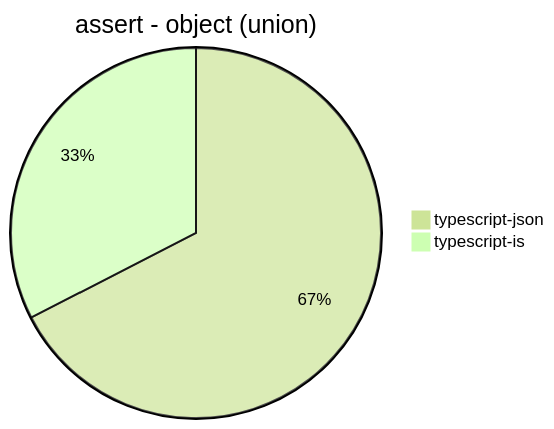
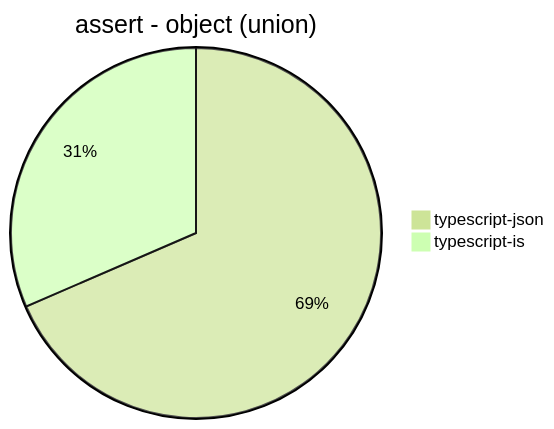
Before and after one commit to samchon/typia: the third of 30 diagrams in benchmark/results/Apple M1.md, drawn with Mermaid (forest theme). The commit also changed other lines of this file, not shown here.

````diff
--- a/benchmark/results/Apple M1.md
+++ b/benchmark/results/Apple M1.md
@@ -31,5 +32,5 @@
 ```mermaid
 pie title assert - object (union)
-  "typescript-json": 5790.7348242811495
-  "typescript-is": 2793.4861717612807
+  "typescript-json": 5842.633928571428
+  "typescript-is": 2686.708296164139
 ```
````
